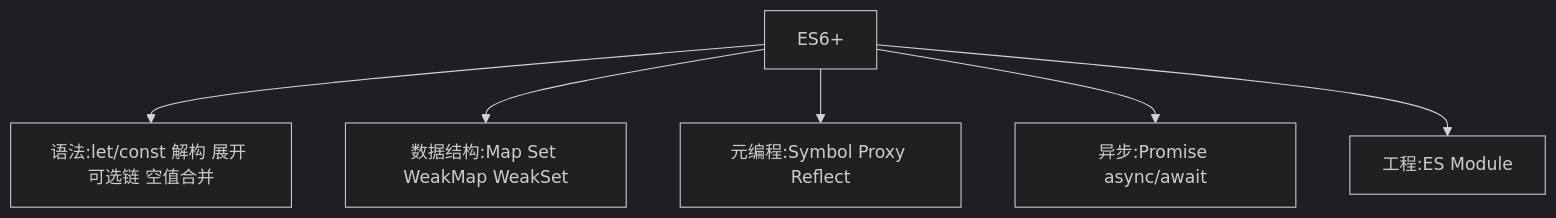
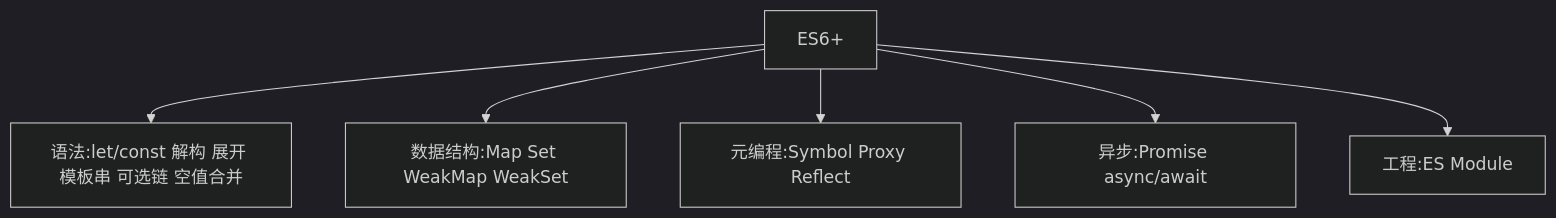
One commit to inspire-man/frontend-knowledge-base changed the diagram in frontend-knowledge-base/卷一-JavaScript语言内核/1.7-ES6+演进与API.md. Above: the diagram before and after it, drawn with Mermaid (dark theme). The commit also changed other lines of this file, not shown here.

Commit message:
docs: 1.7 ES6+ 演进重写(180→~450 行:模板串/标签模板/Object方法/字符串数字方法/Set集合运算/修复孤立段/10 题)

````diff
--- a/frontend-knowledge-base/卷一-JavaScript语言内核/1.7-ES6+演进与API.md
+++ b/frontend-knowledge-base/卷一-JavaScript语言内核/1.7-ES6+演进与API.md
@@ -11,8 +11,8 @@
 ```mermaid
 flowchart TD
-    A[ES6+] --> B[语法:let/const 解构 展开 可选链 空值合并]
+    A[ES6+] --> B[语法:let/const 解构 展开 模板串 可选链 空值合并]
     A --> C[数据结构:Map Set WeakMap WeakSet]
     A --> D[元编程:Symbol Proxy Reflect]
     A --> E[异步:Promise async/await]
     A --> F[工程:ES Module]
 ```
````
